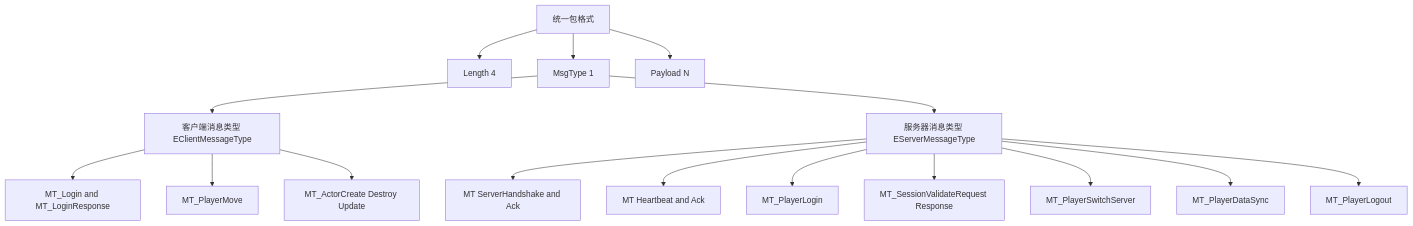
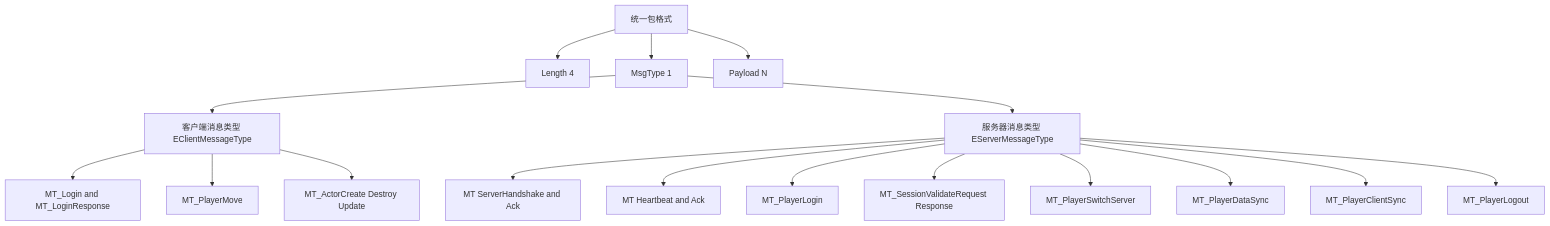
Before and after one commit to lz1287209575/Mession: the sixth of 7 diagrams in README.md, drawn with Mermaid. The commit also changed other lines of this file and 35 other files, not shown here.

````diff
--- a/README.md
+++ b/README.md
@@ -196,26 +196,27 @@
 ```mermaid
 flowchart TD
     P0[统一包格式]
     P1[Length 4]
     P2[MsgType 1]
     P3[Payload N]
 
     P0 --> P1
     P0 --> P2
     P0 --> P3
 
     P2 --> CMsg[客户端消息类型 EClientMessageType]
     P2 --> SMsg[服务器消息类型 EServerMessageType]
 
     CMsg --> CL[MT_Login and MT_LoginResponse]
     CMsg --> CM[MT_PlayerMove]
     CMsg --> CA[MT_ActorCreate Destroy Update]
 
     SMsg --> HS[MT ServerHandshake and Ack]
     SMsg --> HB[MT Heartbeat and Ack]
     SMsg --> PL[MT_PlayerLogin]
     SMsg --> SV[MT_SessionValidateRequest Response]
     SMsg --> PS[MT_PlayerSwitchServer]
     SMsg --> PD[MT_PlayerDataSync]
+    SMsg --> PC[MT_PlayerClientSync]
     SMsg --> PO[MT_PlayerLogout]
 ```
````
